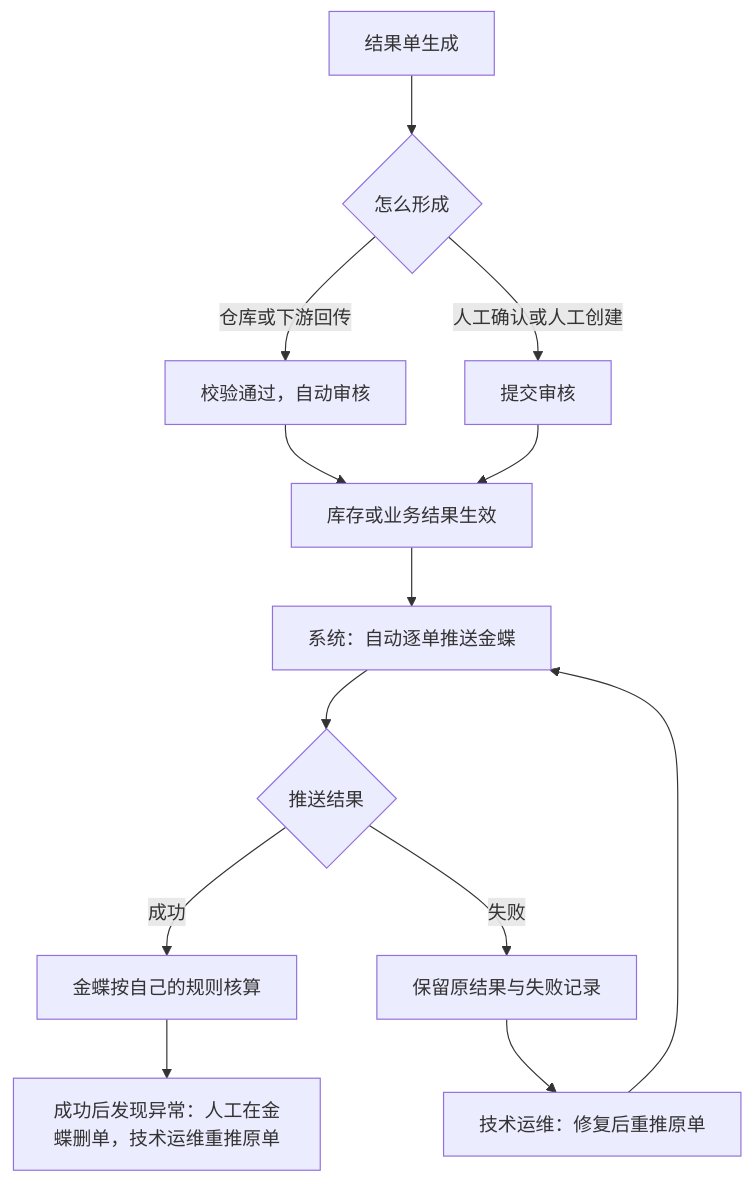
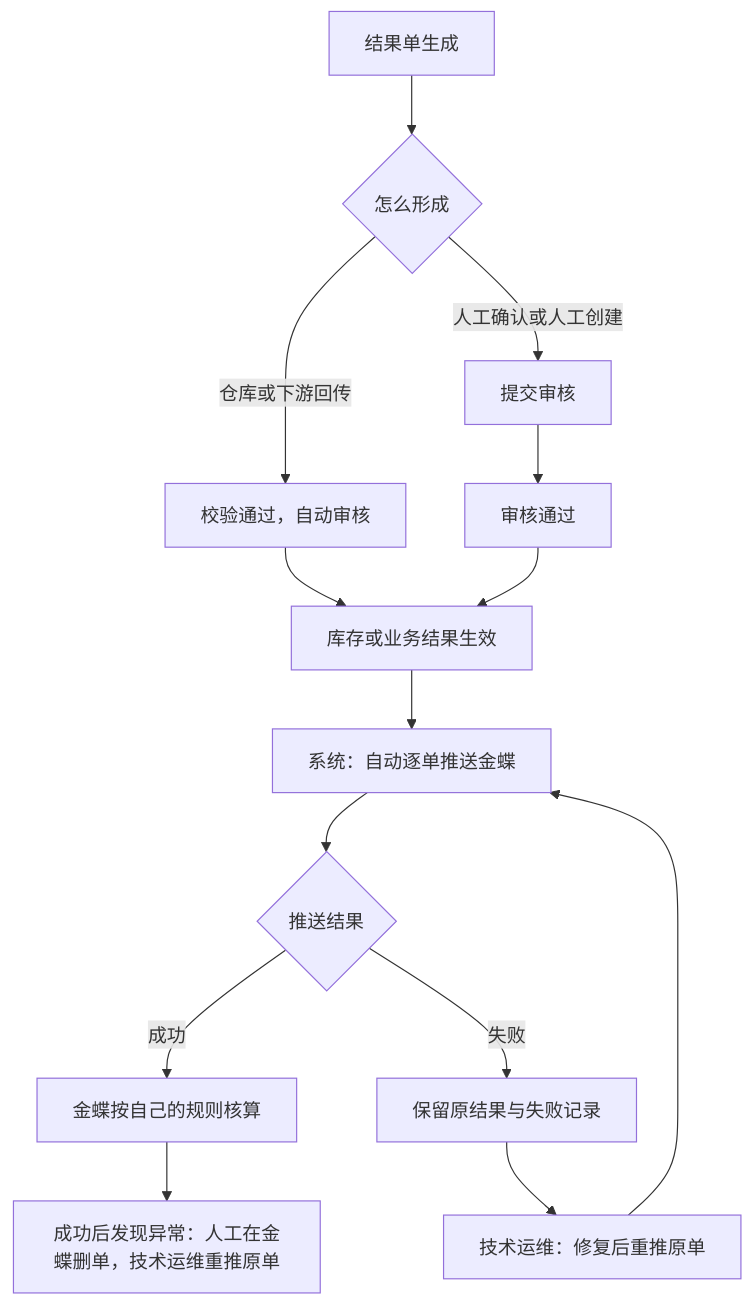
Before and after one commit to TopVitamin/QS-ERP-Project: the ninth of 11 diagrams in 04-产品设计方案/20260812-ERP项目第一版框架搭建/系统架构和流程/01-系统流程与单据交互.md, drawn with Mermaid. The commit also changed other lines of this file and 195 other files, not shown here.

````diff
--- a/04-产品设计方案/20260812-ERP项目第一版框架搭建/系统架构和流程/01-系统流程与单据交互.md
+++ b/04-产品设计方案/20260812-ERP项目第一版框架搭建/系统架构和流程/01-系统流程与单据交互.md
@@ -291,15 +295,16 @@
 ```mermaid
 flowchart TB
     A[结果单生成] --> B{怎么形成}
     B -->|仓库或下游回传| C[校验通过，自动审核]
     B -->|人工确认或人工创建| D[提交审核]
     C --> E[库存或业务结果生效]
-    D --> E
+    D --> D1[审核通过]
+    D1 --> E
     E --> F[系统：自动逐单推送金蝶]
     F --> G{推送结果}
     G -->|成功| H[金蝶按自己的规则核算]
     G -->|失败| I[保留原结果与失败记录]
     I --> J[技术运维：修复后重推原单]
     J --> F
     H --> K[成功后发现异常：人工在金蝶删单，技术运维重推原单]
 ```
````
